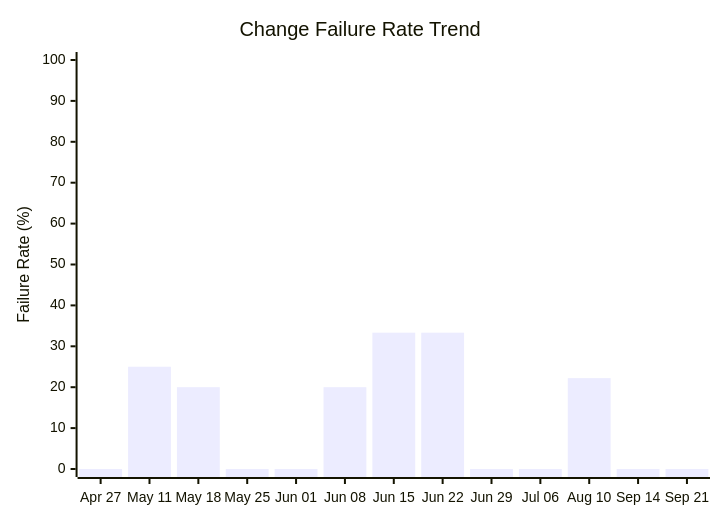
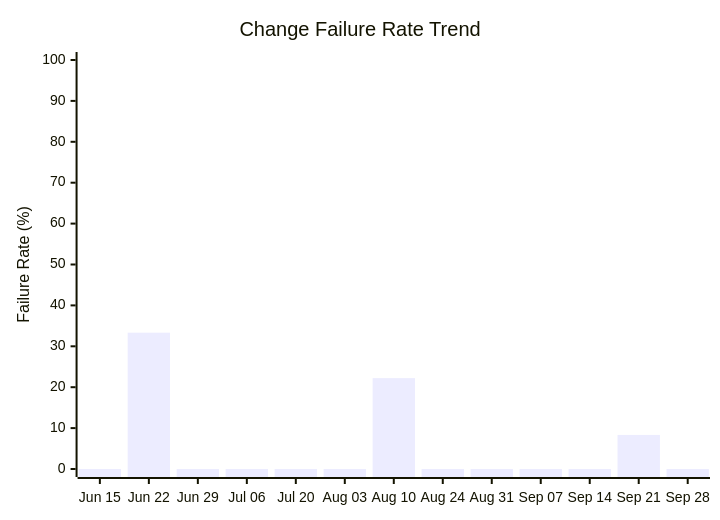
One commit to ukma-cs-ssdm-2025/rate-ukma changed the fourth of 4 diagrams in docs/ci-cd/dora-summary.md. Above: the diagram before and after it, drawn with Mermaid. The commit also changed other lines of this file, not shown here.

````diff
--- a/docs/ci-cd/dora-summary.md
+++ b/docs/ci-cd/dora-summary.md
@@ -71,7 +71,7 @@
 ```mermaid
 xychart-beta
     title "Change Failure Rate Trend"
-    x-axis ["Apr 27", "May 11", "May 18", "May 25", "Jun 01", "Jun 08", "Jun 15", "Jun 22", "Jun 29", "Jul 06", "Aug 10", "Sep 14", "Sep 21"]
+    x-axis ["Jun 15", "Jun 22", "Jun 29", "Jul 06", "Jul 20", "Aug 03", "Aug 10", "Aug 24", "Aug 31", "Sep 07", "Sep 14", "Sep 21", "Sep 28"]
     y-axis "Failure Rate (%)" 0 --> 100
-    bar [0.00, 25.00, 20.00, 0.00, 0.00, 20.00, 33.33, 33.33, 0.00, 0.00, 22.22, 0.00, 0.00]
+    bar [0.00, 33.33, 0.00, 0.00, 0.00, 0.00, 22.22, 0.00, 0.00, 0.00, 0.00, 8.33, 0.00]
 ```
````
